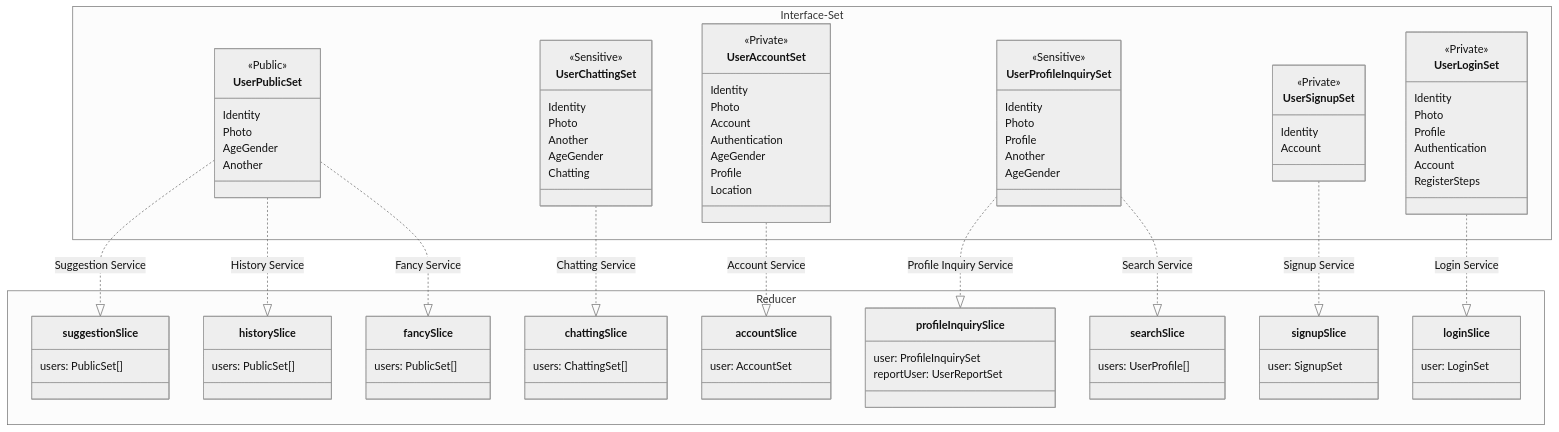
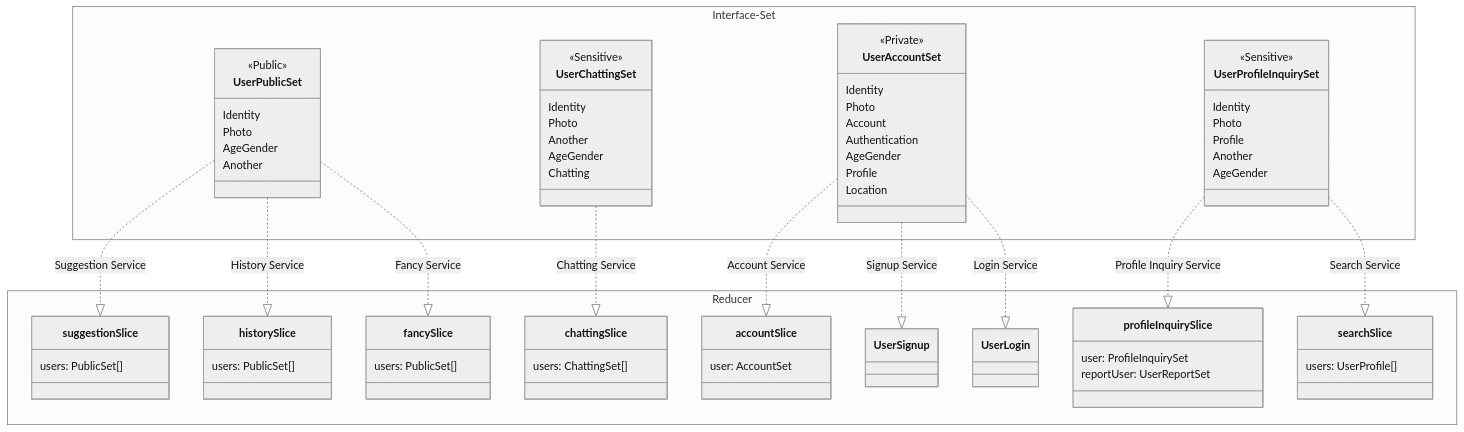
One commit to 42Seoul-Tea42/frontend changed the second of 2 diagrams in app/redux/README.md. Above: the diagram before and after it, drawn with Mermaid (neutral theme). The commit also changed 12 other files, not shown here.

Commit message:
remove signup service, login service 모두 Account service로 통합

```diff
--- a/app/redux/README.md
+++ b/app/redux/README.md
@@ -180,22 +180,6 @@
         Another
         AgeGender
     }
-
-    class UserSignupSet {
-        <<Private>>
-        Identity
-        Account
-    }
-
-    class UserLoginSet {
-        <<Private>>
-        Identity
-        Photo
-        Profile
-        Authentication
-        Account
-        RegisterSteps
-    }
 }
 
 UserPublicSet ..|> suggestionSlice : Suggestion Service
@@ -203,10 +187,10 @@
 UserPublicSet ..|> fancySlice : Fancy Service
 UserChattingSet ..|> chattingSlice : Chatting Service
 UserAccountSet ..|> accountSlice : Account Service
+UserAccountSet ..|> UserSignup: Signup Service
+UserAccountSet ..|> UserLogin: Login Service
 UserProfileInquirySet ..|> profileInquirySlice : Profile Inquiry Service
 UserProfileInquirySet ..|> searchSlice : Search Service
-UserSignupSet ..|> signupSlice : Signup Service
-UserLoginSet ..|> loginSlice : Login Service
 
 namespace Reducer {
 
@@ -231,20 +215,18 @@
         reportUser: UserReportSet
     }
 
+    class searchSlice {
+        users: UserProfile[]
+    }
+
     class accountSlice {
         user: AccountSet
     }
 
-    class searchSlice {
-        users: UserProfile[]
+    class UserSignup {
     }
 
-    class signupSlice {
-        user: SignupSet
-    }
-
-    class loginSlice {
-        user: LoginSet
+    class UserLogin {
     }
 }
 
```
